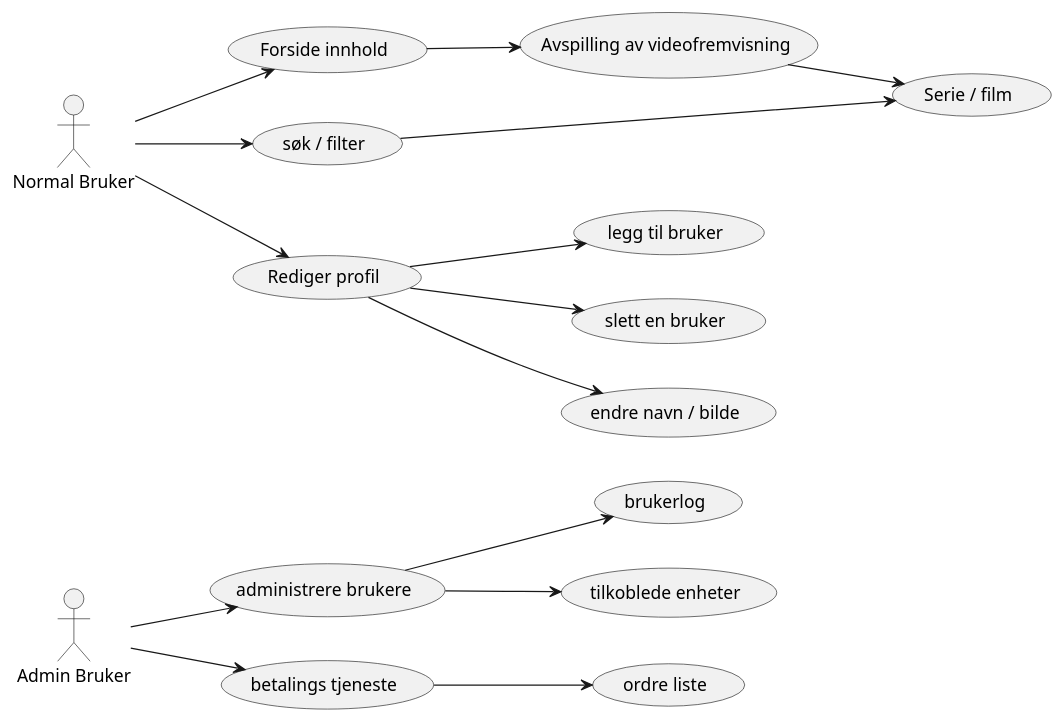
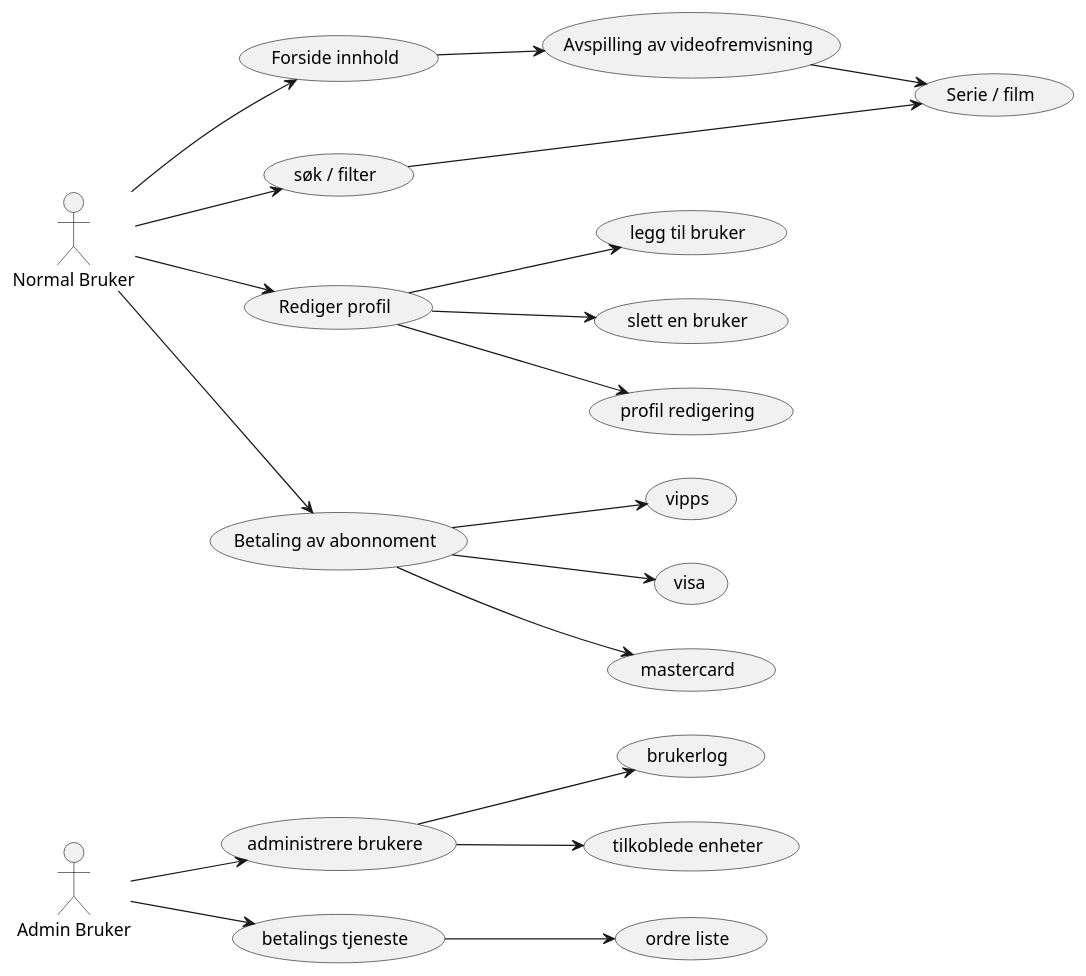
One commit to mapclean9r/sandbox changed the diagram in oppgave_1.puml. Above: the diagram before and after it, drawn with PlantUML.

```diff
--- a/oppgave_1.puml
+++ b/oppgave_1.puml
@@ -1,32 +1,32 @@
 @startuml
 
 left to right direction
 :Admin Bruker: as Admin
 :Normal Bruker: as Bruker
 
 Admin --> (administrere brukere)
 (administrere brukere) --> (brukerlog)
 (administrere brukere) --> (tilkoblede enheter)
 
 Admin --> (betalings tjeneste)
 (betalings tjeneste) --> (ordre liste)
 
 
 
 (Forside innhold) --> (Avspilling av videofremvisning)
 Bruker --> (Forside innhold)
-
 Bruker --> (søk / filter)
-
-
 Bruker --> (Rediger profil)
 (Rediger profil) --> (legg til bruker)
 (Rediger profil) --> (slett en bruker)
-(Rediger profil) --> (endre navn / bilde)
-
+(Rediger profil) --> (profil redigering)
 (søk / filter) --> (Serie / film)
 (Avspilling av videofremvisning) --> (Serie / film)
 
+Bruker --> (Betaling av abonnoment)
+(Betaling av abonnoment) --> (vipps)
+(Betaling av abonnoment) --> (visa)
+(Betaling av abonnoment) --> (mastercard)
 
 
 @enduml
```
